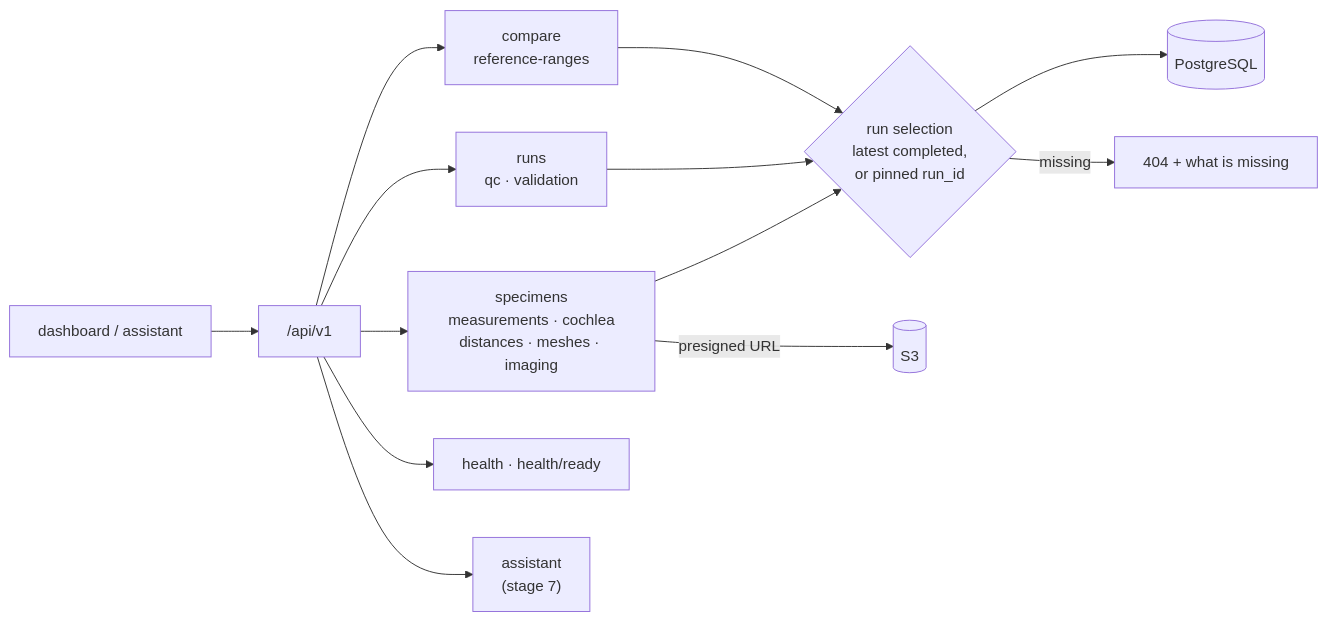
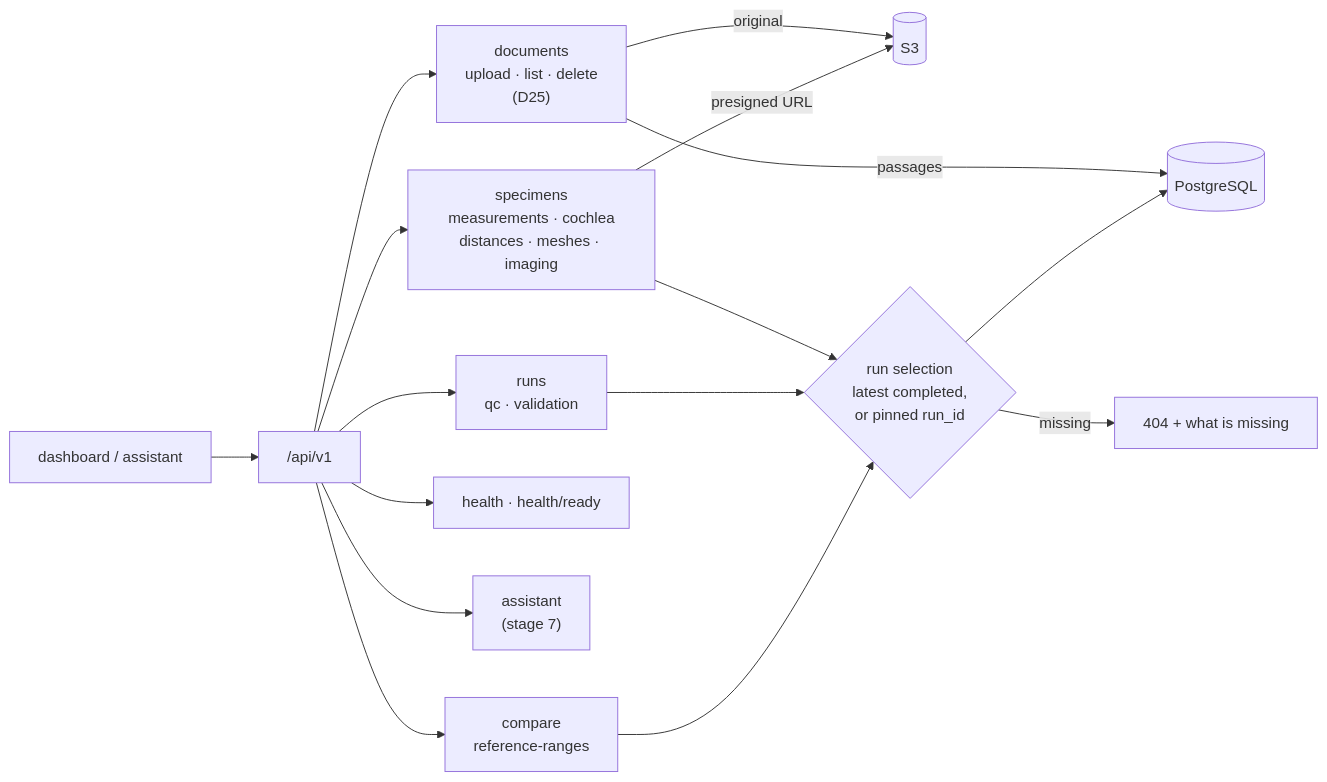
The diagram in docs/architecture/05-api.md (ZeeetOne/CochleaHub), drawn with Mermaid before and after one commit. The commit also changed other lines of this file and 4 other files, not shown here.

Commit message:
docs: bring the stage 2-6 architecture pages up to date (pgvector, documents, two specimens)

````diff
--- a/docs/architecture/05-api.md
+++ b/docs/architecture/05-api.md
@@ -6,13 +6,16 @@
 ```mermaid
 flowchart LR
     C["dashboard / assistant"] --> V1["/api/v1"]
     V1 --> SP["specimens<br/>measurements · cochlea<br/>distances · meshes · imaging"]
     V1 --> RU["runs<br/>qc · validation"]
     V1 --> CO["compare<br/>reference-ranges"]
     V1 --> HE["health · health/ready"]
     V1 --> AS["assistant<br/>(stage 7)"]
+    V1 --> DOC["documents<br/>upload · list · delete<br/>(D25)"]
+    DOC -- "original" --> S3
+    DOC -- "passages" --> PG
     SP & RU & CO --> SEL{"run selection<br/>latest completed,<br/>or pinned run_id"}
     SEL --> PG[("PostgreSQL")]
     SP -- "presigned URL" --> S3[("S3")]
     SEL -- "missing" --> E404["404 + what is missing"]
 ```
````
